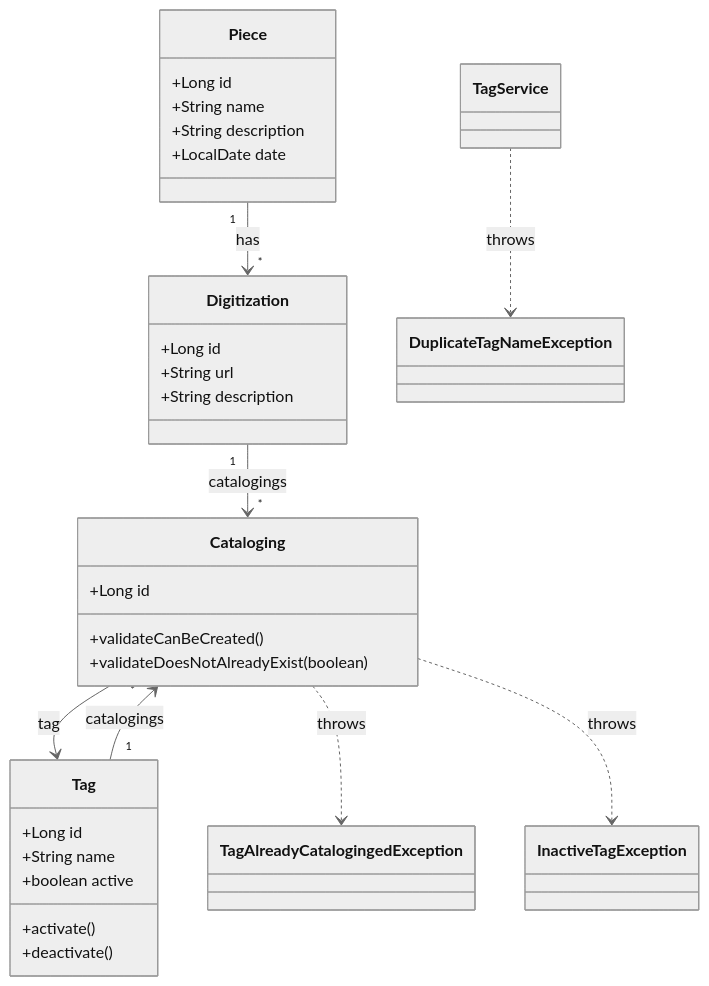
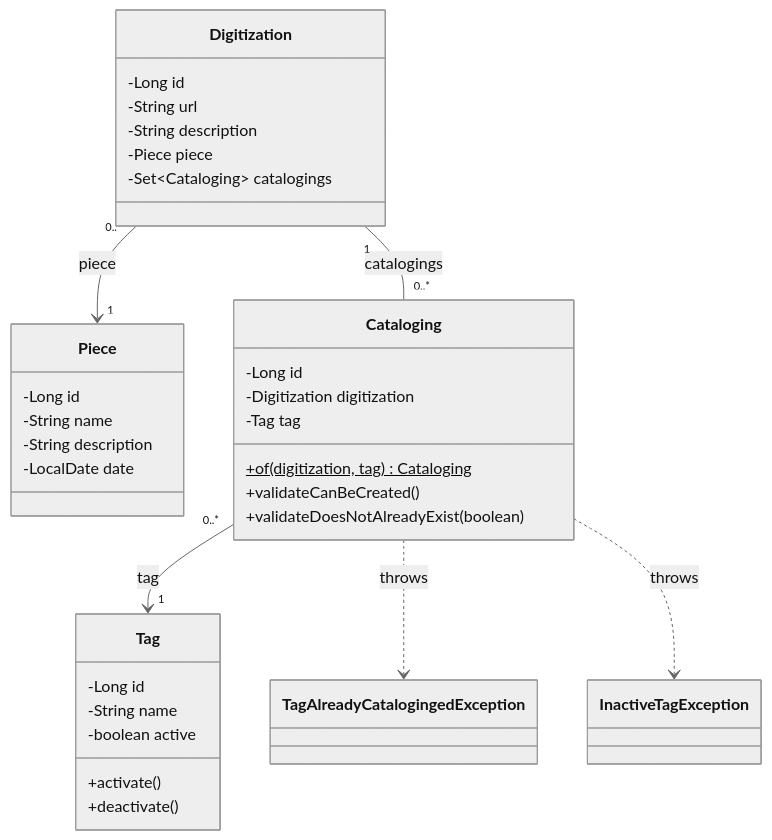
Before and after one commit to Ezequiel-Zinno/archivo-digital: the diagram in docs/diagrams/domain-class-diagram.md, drawn with Mermaid (neutral theme). The commit also changed other lines of this file and 10 other files, not shown here.

````diff
--- a/docs/diagrams/domain-class-diagram.md
+++ b/docs/diagrams/domain-class-diagram.md
@@ -5,41 +5,44 @@
 ```mermaid
 classDiagram
     class Piece {
-        +Long id
-        +String name
-        +String description
-        +LocalDate date
+        -Long id
+        -String name
+        -String description
+        -LocalDate date
     }
 
     class Digitization {
-        +Long id
-        +String url
-        +String description
+        -Long id
+        -String url
+        -String description
+        -Piece piece
+        -Set~Cataloging~ catalogings
     }
 
     class Tag {
-        +Long id
-        +String name
-        +boolean active
+        -Long id
+        -String name
+        -boolean active
         +activate()
         +deactivate()
     }
 
     class Cataloging {
-        +Long id
+        -Long id
+        -Digitization digitization
+        -Tag tag
+        +of(digitization, tag)$ Cataloging
         +validateCanBeCreated()
         +validateDoesNotAlreadyExist(boolean)
     }
 
     class TagAlreadyCatalogingedException
     class InactiveTagException
-    class DuplicateTagNameException
 
-    Piece "1" --> "*" Digitization : has
-    Digitization "1" --> "*" Cataloging : catalogings
-    Tag "1" --> "*" Cataloging : catalogings
-    Cataloging --> Tag : tag
+    Digitization "0..*" --> "1" Piece : piece
+    Digitization "1" -- "0..*" Cataloging : catalogings
+    Cataloging "0..*" --> "1" Tag : tag
+
     Cataloging ..> TagAlreadyCatalogingedException : throws
     Cataloging ..> InactiveTagException : throws
-    TagService ..> DuplicateTagNameException : throws
 ```
````
